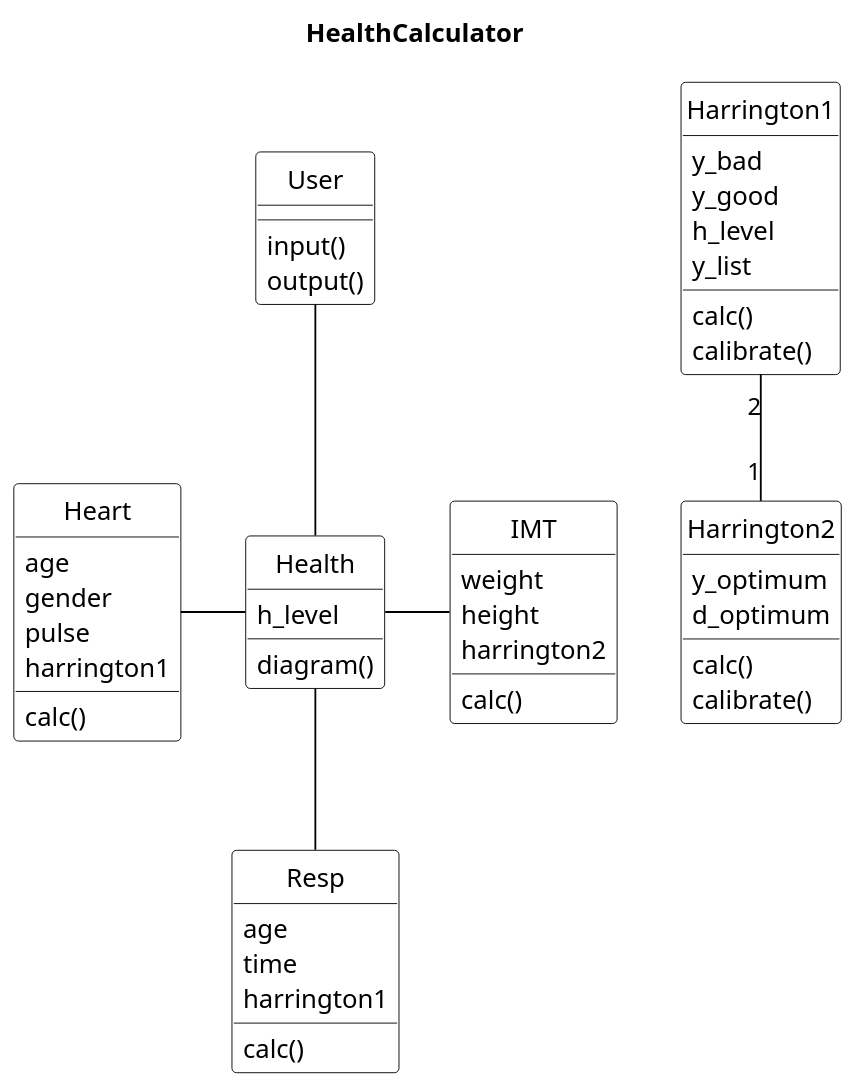
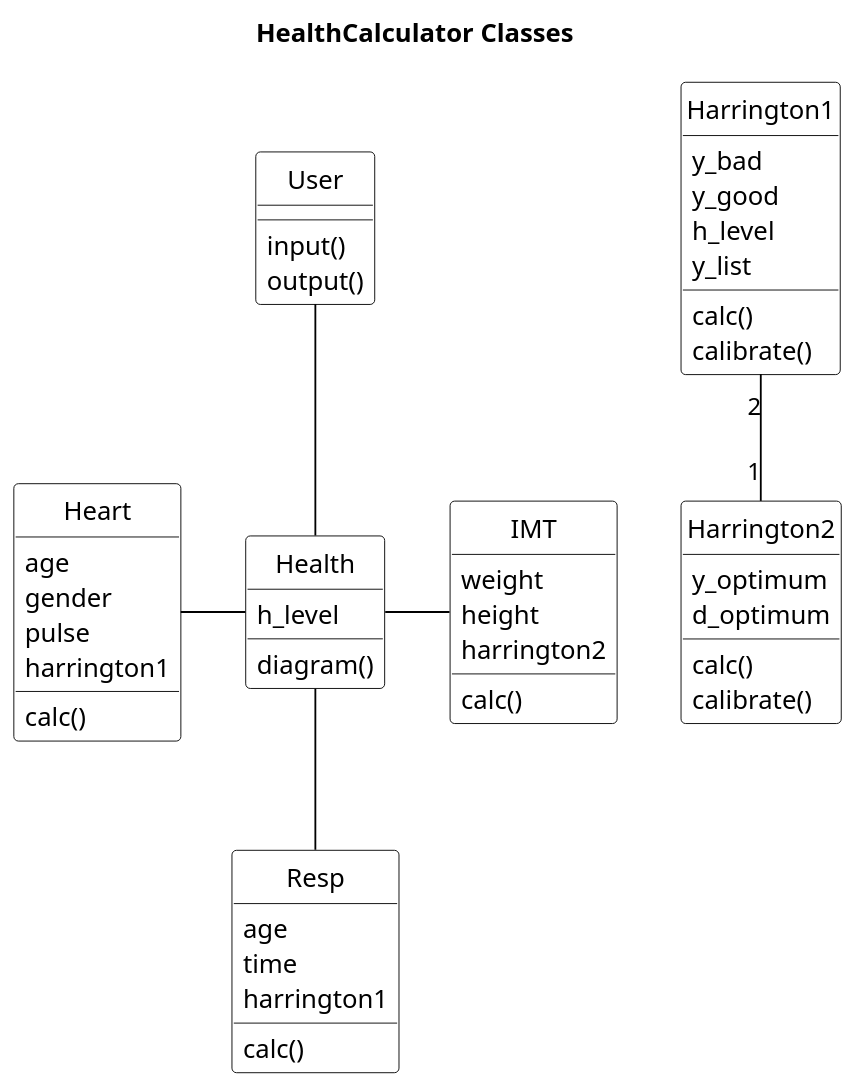
Before and after one commit to AlexFatkin/HealthCalculator: the diagram in UmlClassDiagram.puml, drawn with PlantUML. The commit also changed 1 other file, not shown here.

```diff
--- a/UmlClassDiagram.puml
+++ b/UmlClassDiagram.puml
@@ -1,71 +1,71 @@
 @startuml
-title   HealthCalculator
+title   HealthCalculator Classes
 
 
 skinparam class {
 BackgroundColor White
 ArrowColor Black
 BorderColor Black
 }
 skinparam object {
 BackgroundColor White
 ArrowColor Black
 BorderColor Black
 }
 scale 1.3
 skinparam DefaultTextAlignment left
 skinparam shadowing false
 skinparam packageStyle frame
 hide circle
 'hide members
 'skinparam monochrome true
 'note " lots in deal" as spread
 'package Storage {
 class Heart{
 age
 gender
 pulse
 harrington1
 calc()
 }
 class Resp{
 age
 time
 harrington1
 calc()
 }
 class IMT{
 weight
 height
 harrington2
 calc()
 }
 class Health{
 h_level
 diagram()
 }
 class User{
 input()
 output()
 }
 class Harrington1{
 y_bad
 y_good
 h_level
 y_list
 calc()
 calibrate()
 }
 class Harrington2{
 y_optimum
 d_optimum
 calc()
 calibrate()
 }
 Harrington1 "2"--"1" Harrington2
 Health -l- Heart
 Health - IMT
 Health -u- User
 Health --  Resp
 'Mean_deal --|> Deal
 @enduml
```
